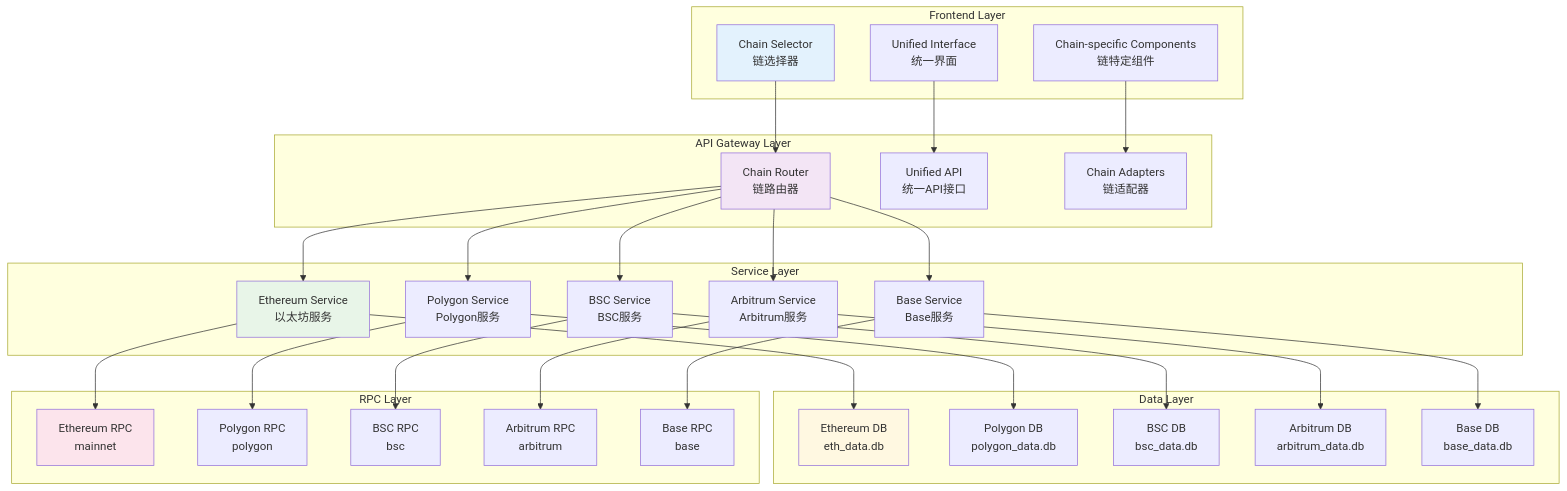
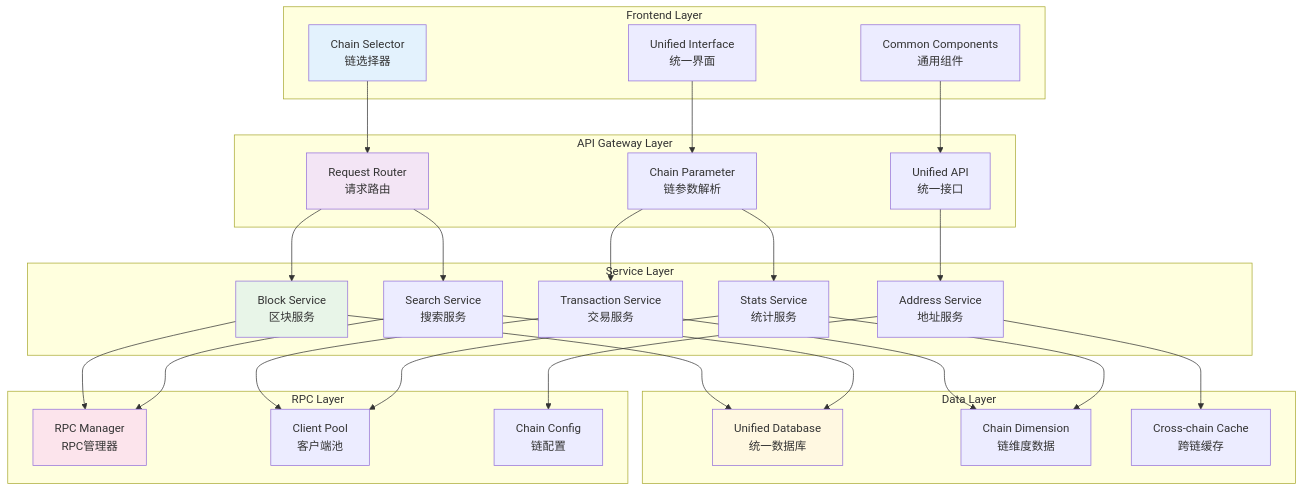
The second of 11 diagrams in docs/ARCHITECTURE.md (wmzy/my-block-explorer), drawn with Mermaid before and after one commit. The commit also changed other lines of this file and 6 other files, not shown here.

````diff
--- a/docs/ARCHITECTURE.md
+++ b/docs/ARCHITECTURE.md
@@ -120,65 +131,62 @@
 ```mermaid
 graph TB
     subgraph "Frontend Layer"
         F1[Chain Selector<br/>链选择器]
         F2[Unified Interface<br/>统一界面]
-        F3[Chain-specific Components<br/>链特定组件]
+        F3[Common Components<br/>通用组件]
     end
     
     subgraph "API Gateway Layer"
-        G1[Chain Router<br/>链路由器]
-        G2[Unified API<br/>统一API接口]
-        G3[Chain Adapters<br/>链适配器]
+        G1[Request Router<br/>请求路由]
+        G2[Chain Parameter<br/>链参数解析]
+        G3[Unified API<br/>统一接口]
     end
     
     subgraph "Service Layer"
-        S1[Ethereum Service<br/>以太坊服务]
-        S2[Polygon Service<br/>Polygon服务]
-        S3[BSC Service<br/>BSC服务]
-        S4[Arbitrum Service<br/>Arbitrum服务]
-        S5[Base Service<br/>Base服务]
+        S1[Block Service<br/>区块服务]
+        S2[Transaction Service<br/>交易服务]
+        S3[Address Service<br/>地址服务]
+        S4[Search Service<br/>搜索服务]
+        S5[Stats Service<br/>统计服务]
     end
     
     subgraph "Data Layer"
-        D1[Ethereum DB<br/>eth_data.db]
-        D2[Polygon DB<br/>polygon_data.db]
-        D3[BSC DB<br/>bsc_data.db]
-        D4[Arbitrum DB<br/>arbitrum_data.db]
-        D5[Base DB<br/>base_data.db]
+        D1[Unified Database<br/>统一数据库]
+        D2[Chain Dimension<br/>链维度数据]
+        D3[Cross-chain Cache<br/>跨链缓存]
     end
     
     subgraph "RPC Layer"
-        R1[Ethereum RPC<br/>mainnet]
-        R2[Polygon RPC<br/>polygon]
-        R3[BSC RPC<br/>bsc]
-        R4[Arbitrum RPC<br/>arbitrum]
-        R5[Base RPC<br/>base]
+        R1[RPC Manager<br/>RPC管理器]
+        R2[Client Pool<br/>客户端池]
+        R3[Chain Config<br/>链配置]
     end
     
     F1 --> G1
     F2 --> G2
     F3 --> G3
     
     G1 --> S1
-    G1 --> S2
-    G1 --> S3
+    G2 --> S2
+    G3 --> S3
     G1 --> S4
-    G1 --> S5
+    G2 --> S5
     
     S1 --> D1
+    S2 --> D2
+    S3 --> D3
+    S4 --> D1
+    S5 --> D2
+    
     S1 --> R1
-    S2 --> D2
     S2 --> R2
-    S3 --> D3
     S3 --> R3
-    S4 --> D4
-    S4 --> R4
-    S5 --> D5
-    S5 --> R5
+    S4 --> R1
+    S5 --> R2
     
     style F1 fill:#e3f2fd
     style G1 fill:#f3e5f5
     style S1 fill:#e8f5e8
     style D1 fill:#fff8e1
     style R1 fill:#fce4ec
 ```
````
